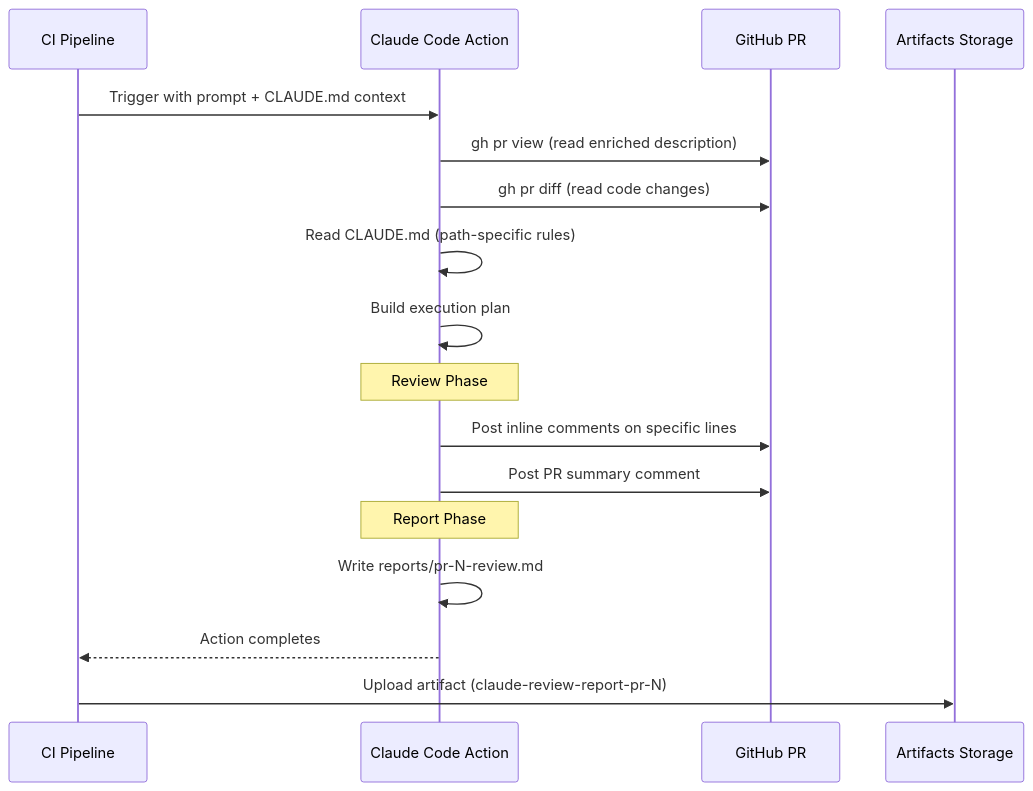
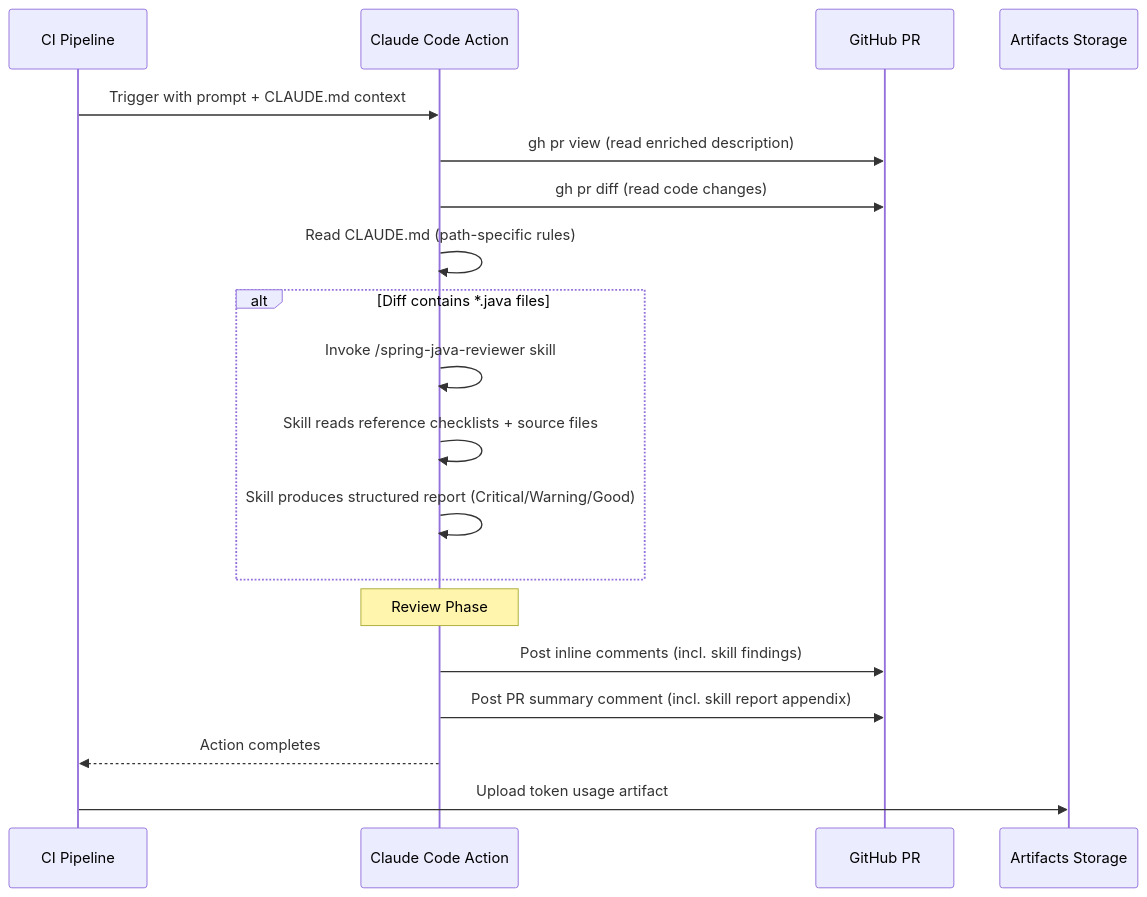
One commit to kojder/bill-manager-actions changed the diagram in wiki/pages/05-Claude-Code-Review-Job.md. Above: the diagram before and after it, drawn with Mermaid. The commit also changed other lines of this file and 2 other files, not shown here.

First line of the commit message:
feat(ci): enable spring-java-reviewer skill in automated PR review (#21)

````diff
--- a/wiki/pages/05-Claude-Code-Review-Job.md
+++ b/wiki/pages/05-Claude-Code-Review-Job.md
@@ -124,23 +132,25 @@
 ```mermaid
 sequenceDiagram
     participant CI as CI Pipeline
     participant CCA as Claude Code Action
     participant GH as GitHub PR
     participant ART as Artifacts Storage
 
     CI->>CCA: Trigger with prompt + CLAUDE.md context
     CCA->>GH: gh pr view (read enriched description)
     CCA->>GH: gh pr diff (read code changes)
     CCA->>CCA: Read CLAUDE.md (path-specific rules)
-    CCA->>CCA: Build execution plan
+
+    alt Diff contains *.java files
+        CCA->>CCA: Invoke /spring-java-reviewer skill
+        CCA->>CCA: Skill reads reference checklists + source files
+        CCA->>CCA: Skill produces structured report (Critical/Warning/Good)
+    end
 
     Note over CCA: Review Phase
-    CCA->>GH: Post inline comments on specific lines
-    CCA->>GH: Post PR summary comment
-
-    Note over CCA: Report Phase
-    CCA->>CCA: Write reports/pr-N-review.md
+    CCA->>GH: Post inline comments (incl. skill findings)
+    CCA->>GH: Post PR summary comment (incl. skill report appendix)
     CCA-->>CI: Action completes
 
-    CI->>ART: Upload artifact (claude-review-report-pr-N)
+    CI->>ART: Upload token usage artifact
 ```
````
